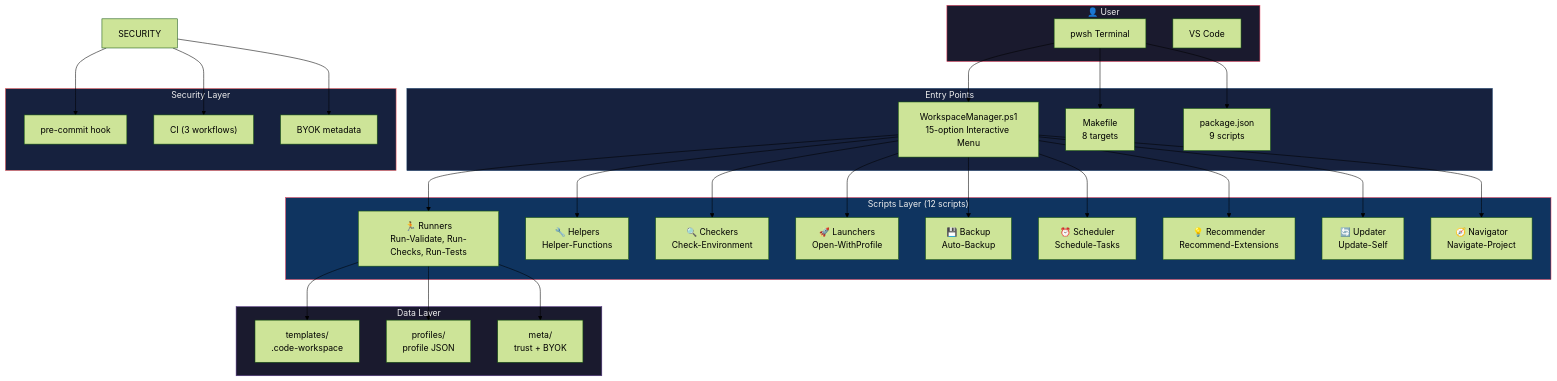
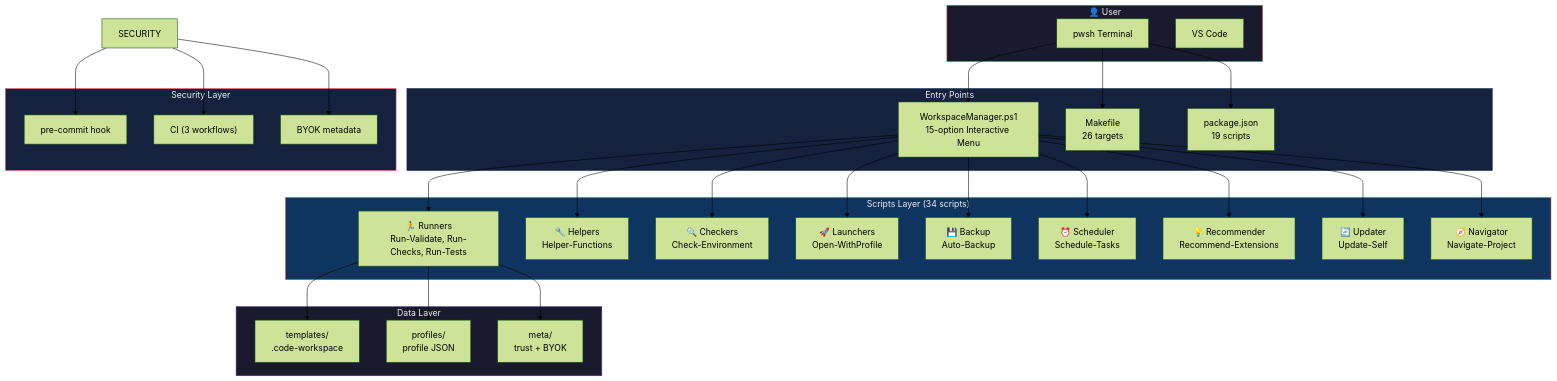
The first of 8 diagrams in docs/UML.md (doma77git/vscode-workspace-manager), drawn with Mermaid (forest theme) before and after one commit. The commit also changed other lines of this file and 15 other files, not shown here.

Commit message:
docs: fix stale references, add docs portal, add universal launcher to UML

````diff
--- a/docs/UML.md
+++ b/docs/UML.md
@@ -9,62 +9,62 @@
 ```mermaid
 graph TB
     subgraph User["👤 User"]
         CLI["pwsh Terminal"]
         VSCODE["VS Code"]
     end
 
     subgraph Entry["Entry Points"]
         MENU["WorkspaceManager.ps1<br/>15-option Interactive Menu"]
-        MAKE["Makefile<br/>8 targets"]
-        NPM["package.json<br/>9 scripts"]
+        MAKE["Makefile<br/>26 targets"]
+        NPM["package.json<br/>19 scripts"]
     end
 
-    subgraph Scripts["Scripts Layer (12 scripts)"]
+    subgraph Scripts["Scripts Layer (34 scripts)"]
         RUNNERS["🏃 Runners<br/>Run-Validate, Run-Checks, Run-Tests"]
         HELPERS["🔧 Helpers<br/>Helper-Functions"]
         CHECKERS["🔍 Checkers<br/>Check-Environment"]
         LAUNCHERS["🚀 Launchers<br/>Open-WithProfile"]
         BACKUP["💾 Backup<br/>Auto-Backup"]
         SCHEDULE["⏰ Scheduler<br/>Schedule-Tasks"]
         RECOMMEND["💡 Recommender<br/>Recommend-Extensions"]
         UPDATE["🔄 Updater<br/>Update-Self"]
         NAV["🧭 Navigator<br/>Navigate-Project"]
     end
 
     subgraph Data["Data Layer"]
         T["templates/<br/>.code-workspace"]
         P["profiles/<br/>profile JSON"]
         M["meta/<br/>trust + BYOK"]
     end
 
     subgraph Security["Security Layer"]
         HOOK["pre-commit hook"]
         CI["CI (3 workflows)"]
         BYOK["BYOK metadata"]
     end
 
     CLI --> MENU
     CLI --> MAKE
     CLI --> NPM
     MENU --> RUNNERS
     MENU --> HELPERS
     MENU --> CHECKERS
     MENU --> LAUNCHERS
     MENU --> BACKUP
     MENU --> SCHEDULE
     MENU --> RECOMMEND
     MENU --> UPDATE
     MENU --> NAV
     RUNNERS --> T
     RUNNERS --> P
     RUNNERS --> M
     SECURITY --> HOOK
     SECURITY --> CI
     SECURITY --> BYOK
 
     style User fill:#1a1a2e,stroke:#e94560,color:#eee
     style Entry fill:#16213e,stroke:#0f3460,color:#eee
     style Scripts fill:#0f3460,stroke:#e94560,color:#eee
     style Data fill:#1a1a2e,stroke:#533483,color:#eee
     style Security fill:#16213e,stroke:#ff6b6b,color:#eee
 ```
````
